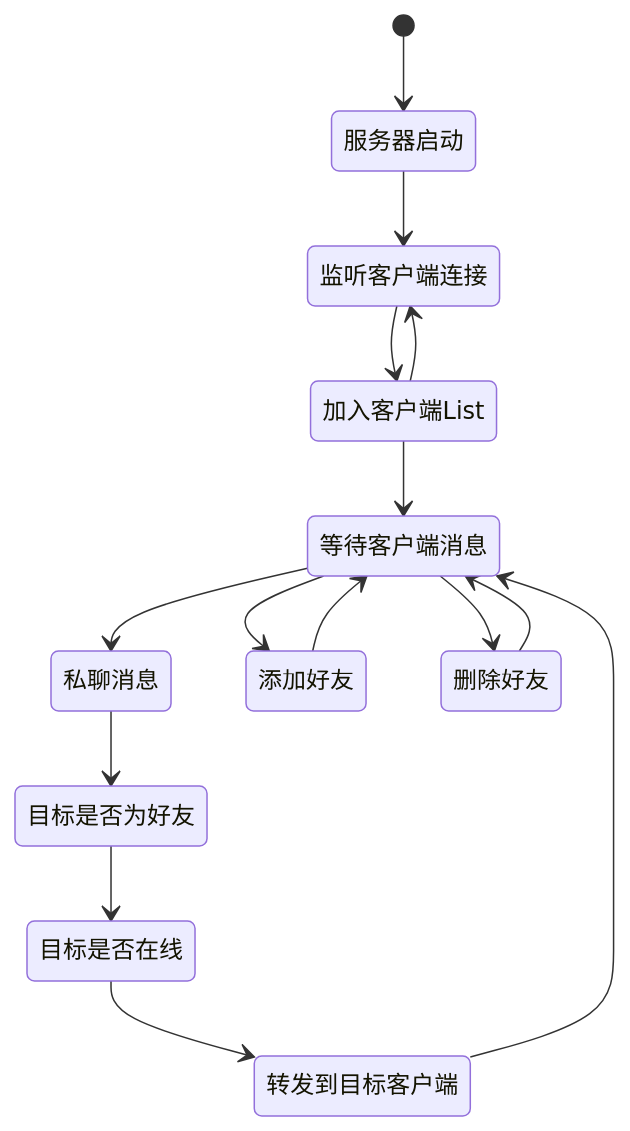
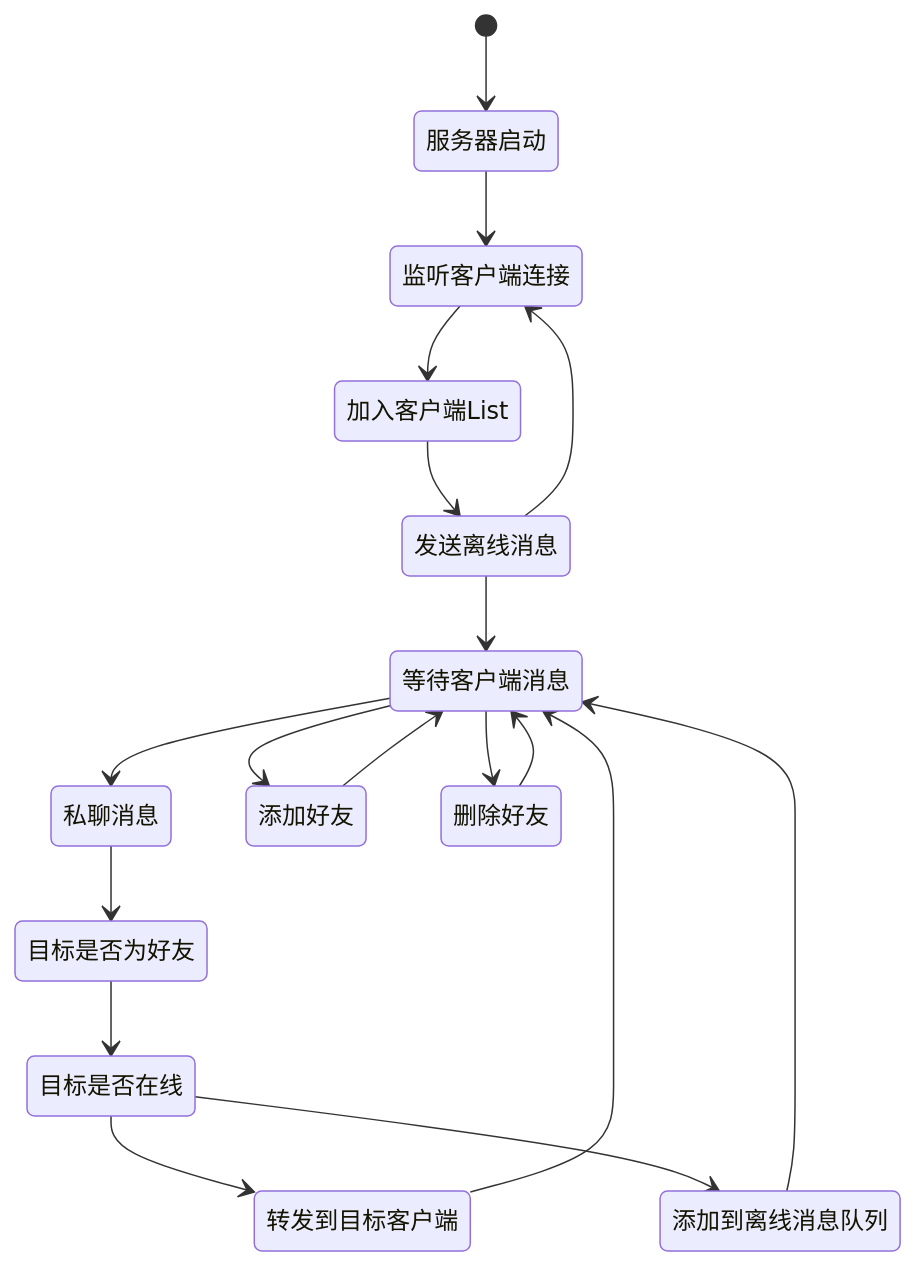
Before and after one commit to AkagiYui/NCWUJava: the diagram in chat-project/README.md, drawn with Mermaid. The commit also changed 3 other files, not shown here.

````diff
--- a/chat-project/README.md
+++ b/chat-project/README.md
@@ -42,17 +42,20 @@
 ```mermaid
 stateDiagram-v2
     [*] --> 服务器启动
     服务器启动 --> 监听客户端连接
     监听客户端连接 --> 加入客户端List
-    加入客户端List --> 监听客户端连接
-    加入客户端List --> 等待客户端消息
+    发送离线消息 --> 监听客户端连接
+    加入客户端List --> 发送离线消息
+    发送离线消息 --> 等待客户端消息
     等待客户端消息 --> 私聊消息
     等待客户端消息 --> 添加好友
     等待客户端消息 --> 删除好友
     私聊消息 --> 目标是否为好友
     目标是否为好友 --> 目标是否在线
     目标是否在线 --> 转发到目标客户端
+    目标是否在线 --> 添加到离线消息队列
     转发到目标客户端 --> 等待客户端消息
     添加好友 --> 等待客户端消息
     删除好友 --> 等待客户端消息
+    添加到离线消息队列 --> 等待客户端消息
 ```
````
